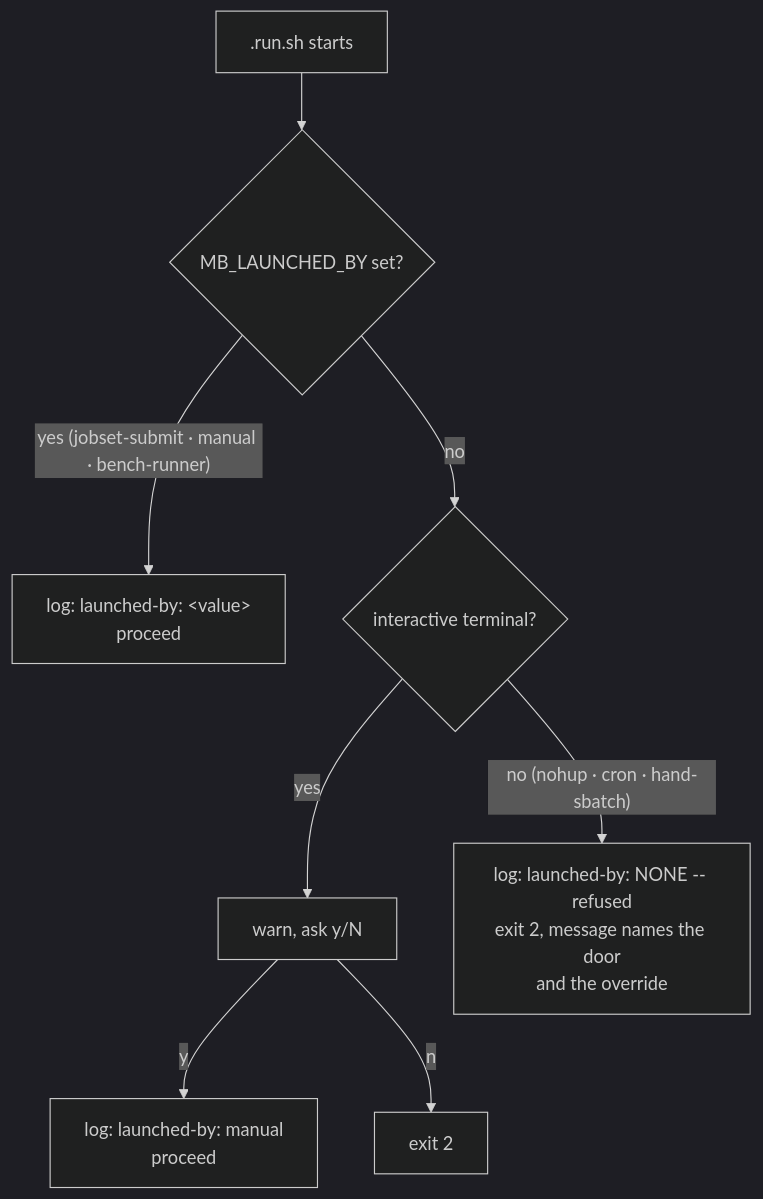
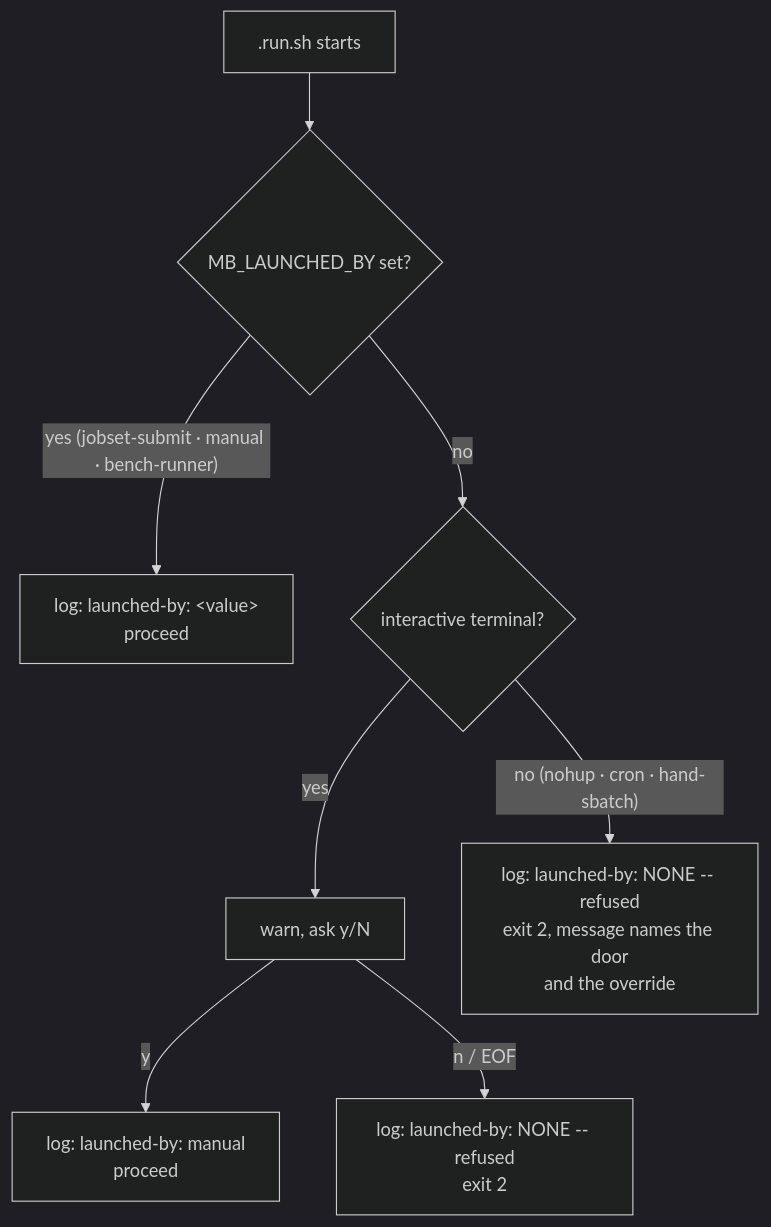
One commit to Qing-LAB/molbuilder changed the second of 3 diagrams in docs/execution/running-a-job.md. Above: the diagram before and after it, drawn with Mermaid (dark theme). The commit also changed other lines of this file and 4 other files, not shown here.

````diff
--- a/docs/execution/running-a-job.md
+++ b/docs/execution/running-a-job.md
@@ -597,10 +597,10 @@
 ```mermaid
 flowchart TD
     A[".run.sh starts"] --> B{"MB_LAUNCHED_BY set?"}
     B -- "yes (jobset-submit · manual · bench-runner)" --> C["log: launched-by: &lt;value&gt;<br/>proceed"]
     B -- no --> D{"interactive terminal?"}
     D -- yes --> E["warn, ask y/N"]
     E -- y --> C2["log: launched-by: manual<br/>proceed"]
-    E -- n --> F["exit 2"]
+    E -- "n / EOF" --> F["log: launched-by: NONE -- refused<br/>exit 2"]
     D -- "no (nohup · cron · hand-sbatch)" --> G["log: launched-by: NONE -- refused<br/>exit 2, message names the door<br/>and the override"]
 ```
````
